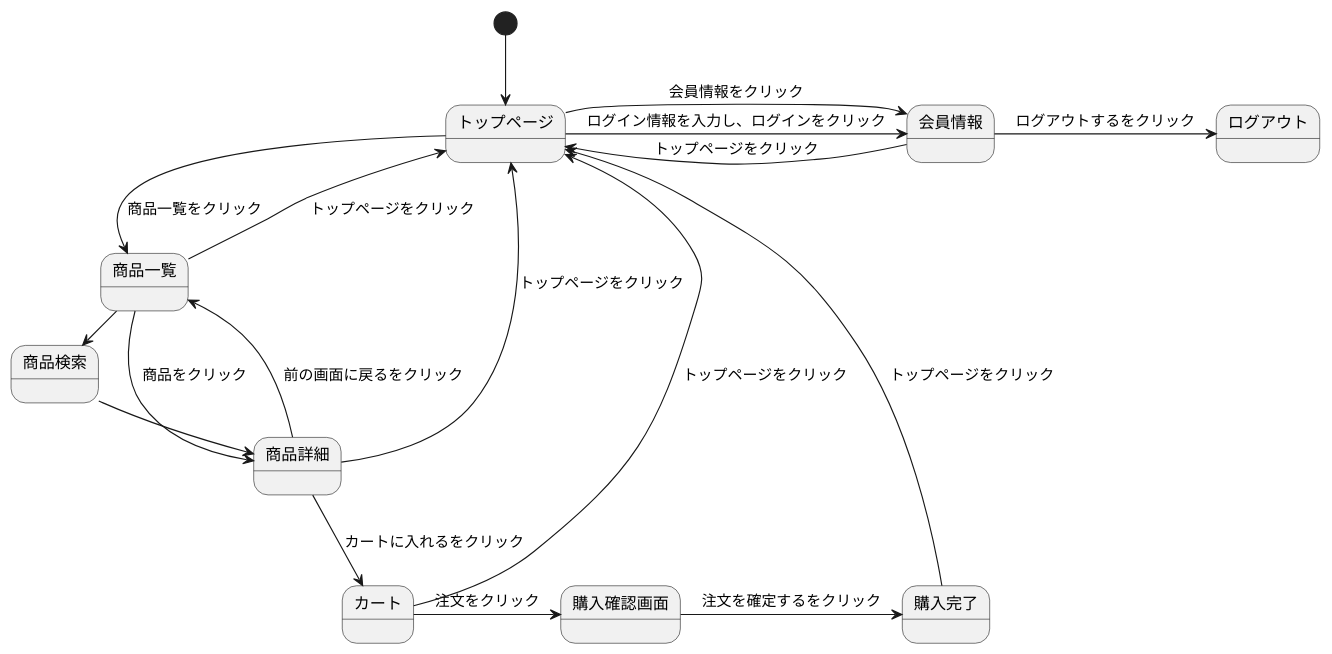
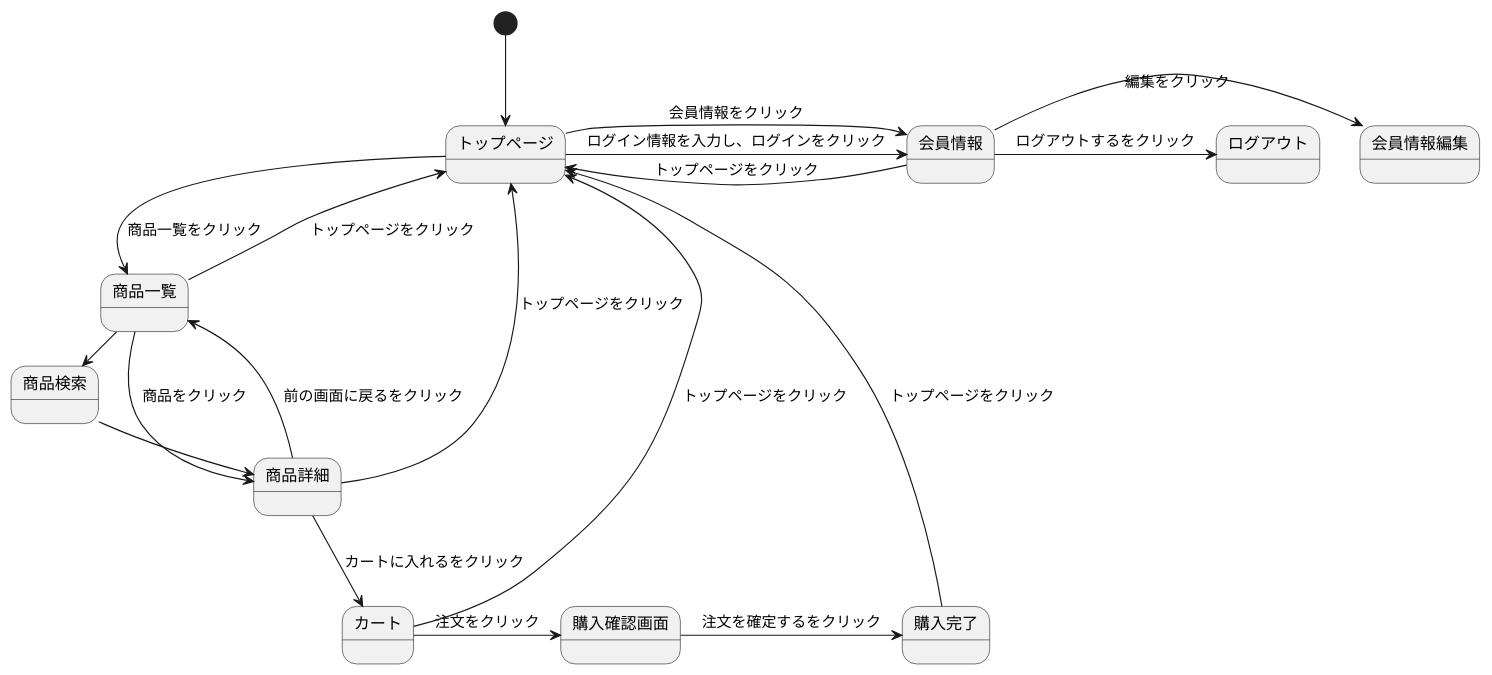
One commit to Aso2001392/2021sys-design changed the diagram in kadai12.md. Above: the diagram before and after it, drawn with PlantUML.

````diff
--- a/kadai12.md
+++ b/kadai12.md
@@ -1,24 +1,25 @@
 ```uml
 @startuml
 
 [*] --> トップページ
 トップページ -> 会員情報 : ログイン情報を入力し、ログインをクリック
 トップページ -> 会員情報 : 会員情報をクリック
 トップページ ->商品一覧 : 商品一覧をクリック
 会員情報 -> ログアウト : ログアウトするをクリック
 会員情報 -> トップページ : トップページをクリック
+会員情報 -> 会員情報編集 : 編集をクリック
 商品一覧 -> 商品検索 : 商品検索する
 商品一覧 -> 商品詳細 : 商品をクリック
 商品一覧 --> トップページ : トップページをクリック
 商品検索 -> 商品詳細 : 商品をクリック
 商品詳細 --> カート : カートに入れるをクリック
 商品詳細 --> 商品一覧 : 前の画面に戻るをクリック
 商品詳細 -> トップページ : トップページをクリック
 カート -> 購入確認画面 : 注文をクリック
 カート -> トップページ : トップページをクリック
 購入確認画面 -> 購入完了 : 注文を確定するをクリック
 購入完了 -> トップページ : トップページをクリック
 
 @enduml
 
 ```
````
